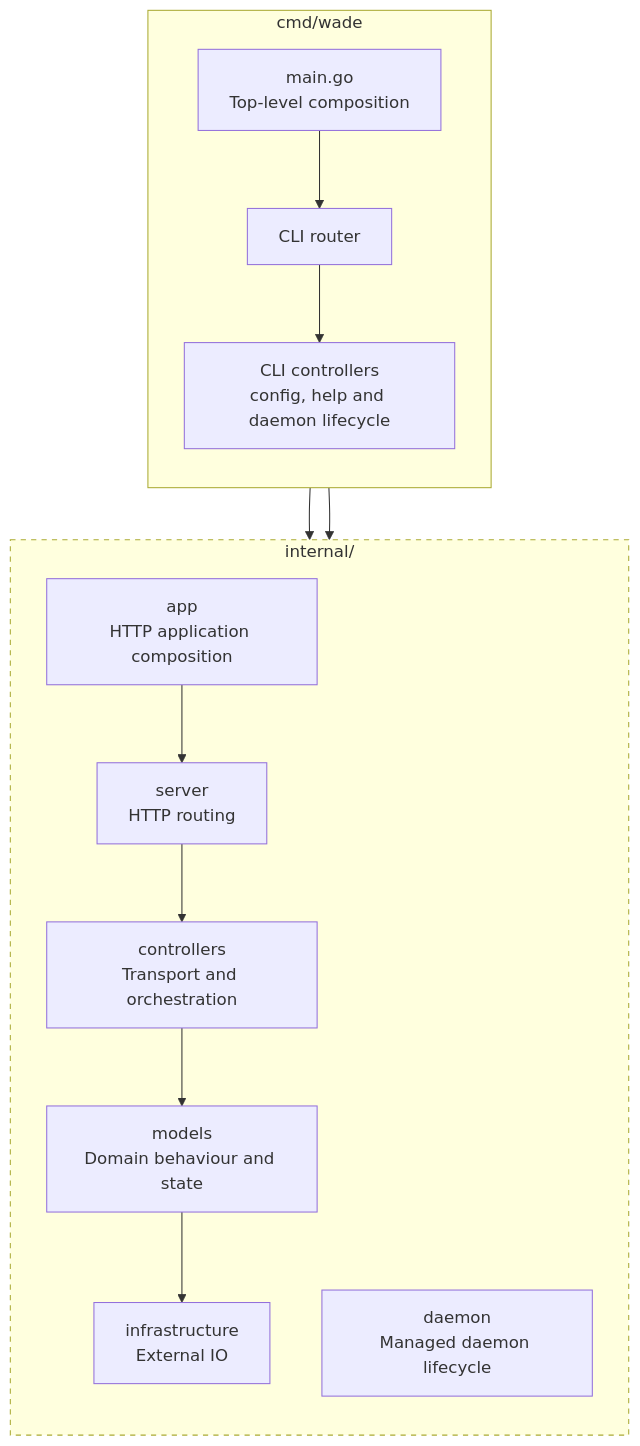
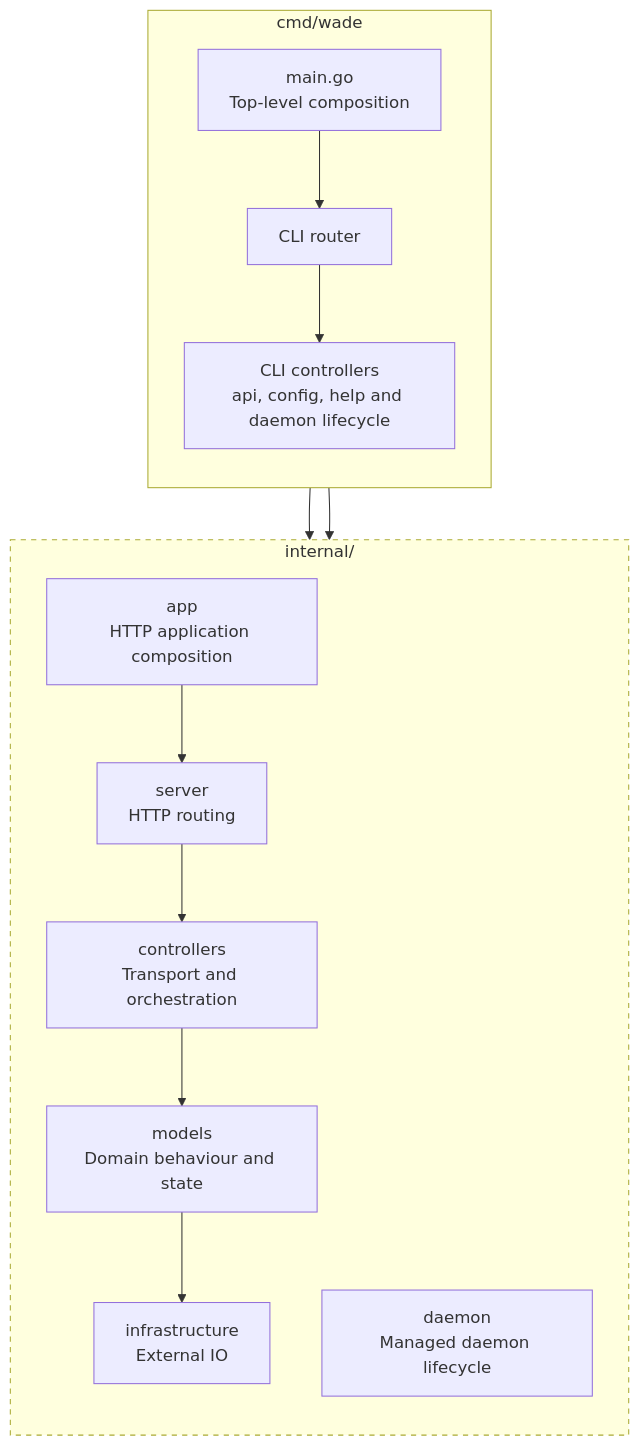
One commit to danielronalds/wade changed the diagram in docs/backend-architecture.md. Above: the diagram before and after it, drawn with Mermaid. The commit also changed other lines of this file and 14 other files, not shown here.

````diff
--- a/docs/backend-architecture.md
+++ b/docs/backend-architecture.md
@@ -11,27 +11,27 @@
 ```mermaid
 flowchart TB
     subgraph Command["cmd/wade"]
         direction TB
         Main["main.go<br/>Top-level composition"]
         Router["CLI router"]
-        Commands["CLI controllers<br/>config, help and daemon lifecycle"]
+        Commands["CLI controllers<br/>api, config, help and daemon lifecycle"]
         Main --> Router --> Commands
     end
 
     subgraph Core["internal/"]
         direction TB
         App["app<br/>HTTP application composition"]
         Server["server<br/>HTTP routing"]
         Controllers["controllers<br/>Transport and orchestration"]
         Models["models<br/>Domain behaviour and state"]
         Infrastructure["infrastructure<br/>External IO"]
         Daemon["daemon<br/>Managed daemon lifecycle"]
 
         App --> Server --> Controllers --> Models --> Infrastructure
     end
 
     Commands --> App
     Commands --> Daemon
 
     style Core stroke-dasharray: 5 5
 ```
````
